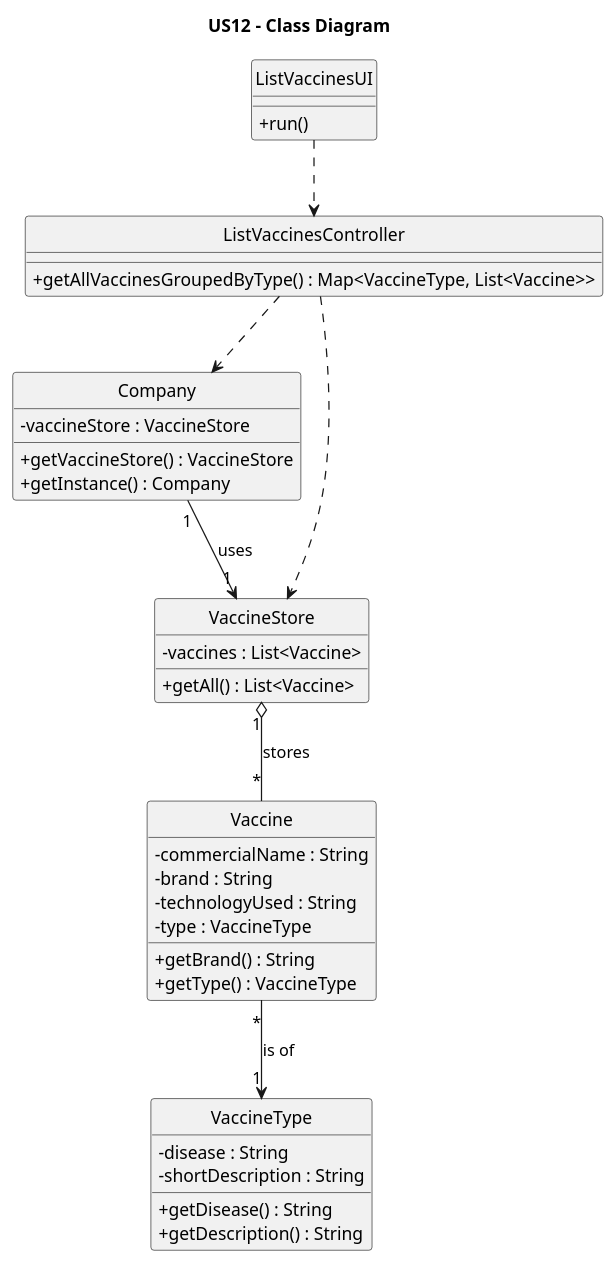
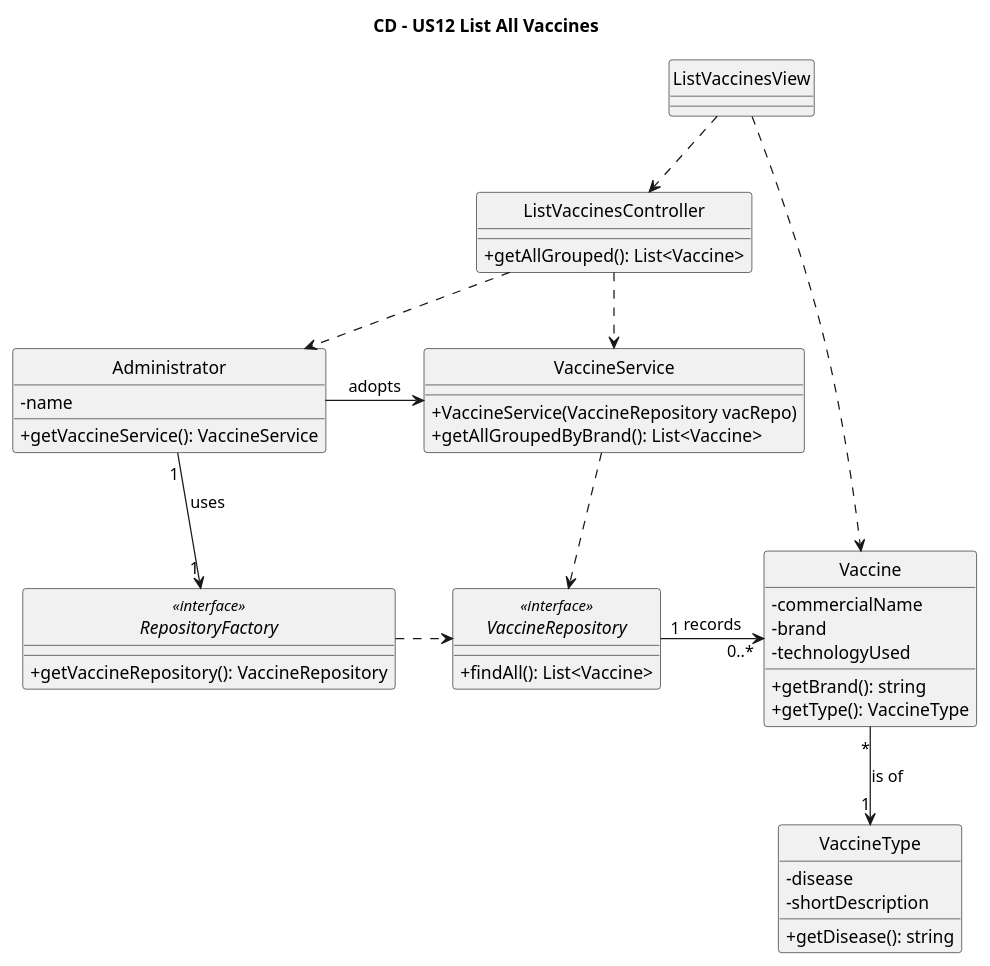
Before and after one commit to luluisfcm/leti-esoft-25-26-B5: the diagram in docs/system-documentation/US12/puml/US12-CD.puml, drawn with PlantUML. The commit also changed 13 other files, not shown here.

```diff
--- a/docs/system-documentation/US12/puml/US12-CD.puml
+++ b/docs/system-documentation/US12/puml/US12-CD.puml
@@ -1,51 +1,64 @@
 @startuml
-title US12 - Class Diagram
+title CD – US12 List All Vaccines
+
+hide circle
 skinparam classAttributeIconSize 0
-hide circle
 
-class ListVaccinesUI {
-  + run()
+' ===================== UI & Controller =====================
+class ListVaccinesView {
 }
 
 class ListVaccinesController {
-  ' O Controller assume a responsabilidade de agrupar
-  + getAllVaccinesGroupedByType() : Map<VaccineType, List<Vaccine>>
+    +getAllGrouped(): List<Vaccine>
 }
 
-class Company {
-  - vaccineStore : VaccineStore
-  + getVaccineStore() : VaccineStore
-  + getInstance() : Company
+' ===================== Domain / Service =====================
+class Administrator {
+    - name
+    +getVaccineService(): VaccineService
 }
 
-class VaccineStore {
-  - vaccines : List<Vaccine>
-  ' A Store fica limpa e genérica
-  + getAll() : List<Vaccine>
+class VaccineService {
+    +VaccineService(VaccineRepository vacRepo)
+    +getAllGroupedByBrand(): List<Vaccine>
+}
+
+' ===================== Repositories =====================
+interface VaccineRepository <<interface>> {
+    +findAll(): List<Vaccine>
+}
+
+interface RepositoryFactory <<interface>> {
+    +getVaccineRepository(): VaccineRepository
+}
+
+' ===================== Entities =====================
+class Vaccine {
+    - commercialName
+    - brand
+    - technologyUsed
+    +getBrand(): string
+    +getType(): VaccineType
 }
 
 class VaccineType {
-  - disease : String
-  - shortDescription : String
-  + getDisease() : String
-  + getDescription() : String
+    - disease
+    - shortDescription
+    +getDisease(): string
 }
 
-class Vaccine {
-  - commercialName : String
-  - brand : String
-  - technologyUsed : String
-  - type : VaccineType
-  + getBrand() : String
-  + getType() : VaccineType
-}
+' ===================== Associations =====================
+Administrator "1" -down-> "1" RepositoryFactory: uses
+VaccineRepository "1" -right-> "0..*" Vaccine: records
+Vaccine "*" -down-> "1" VaccineType: is of
 
-ListVaccinesUI ..> ListVaccinesController
-ListVaccinesController ..> Company
-ListVaccinesController ..> VaccineStore
+ListVaccinesView ..> ListVaccinesController
+ListVaccinesView ..> Vaccine
+ListVaccinesController ..> Administrator
+ListVaccinesController ..> VaccineService
+VaccineService ..> VaccineRepository
 
-Company "1" --> "1" VaccineStore : uses
-VaccineStore "1" o-- "*" Vaccine : stores
-Vaccine "*" --> "1" VaccineType : is of
+Administrator -> VaccineService: adopts
+RepositoryFactory .right.> VaccineRepository
 
 @enduml
```
